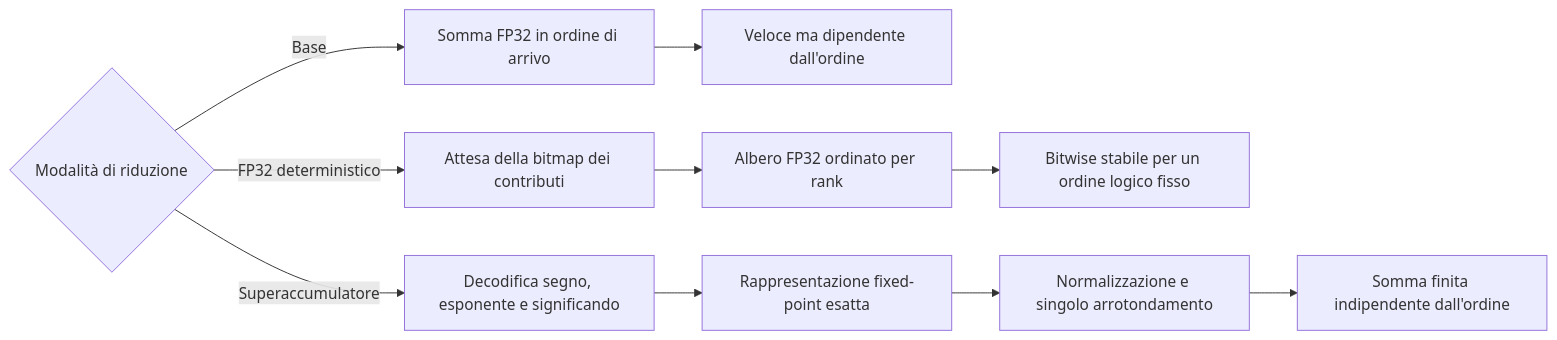
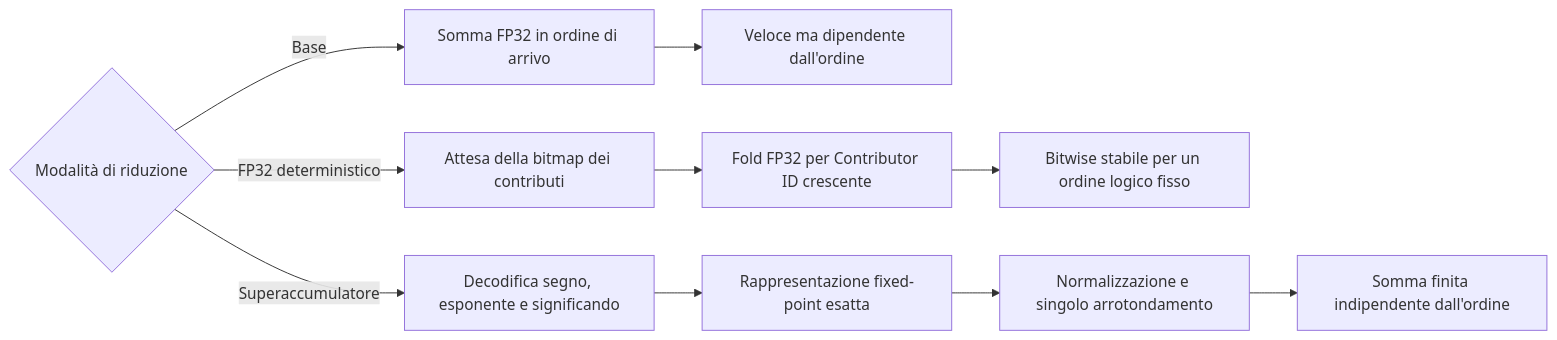
One commit to uniquadev/prism changed the diagram in docs/chapters/1-introduction/reproducibility.it.md. Above: the diagram before and after it, drawn with Mermaid. The commit also changed other lines of this file and 30 other files, not shown here.

````diff
--- a/docs/chapters/1-introduction/reproducibility.it.md
+++ b/docs/chapters/1-introduction/reproducibility.it.md
@@ -43,16 +43,16 @@
 ```mermaid
 flowchart LR
     S{Modalità di riduzione}
 
     S -->|Base| B[Somma FP32 in ordine di arrivo]
     B --> O1[Veloce ma dipendente dall'ordine]
 
     S -->|FP32 deterministico| C[Attesa della bitmap dei contributi]
-    C --> D[Albero FP32 ordinato per rank]
+    C --> D[Fold FP32 per Contributor ID crescente]
     D --> O2[Bitwise stabile per un ordine logico fisso]
 
     S -->|Superaccumulatore| E[Decodifica segno, esponente e significando]
     E --> F[Rappresentazione fixed-point esatta]
     F --> G[Normalizzazione e singolo arrotondamento]
     G --> O3[Somma finita indipendente dall'ordine]
 ```
````
